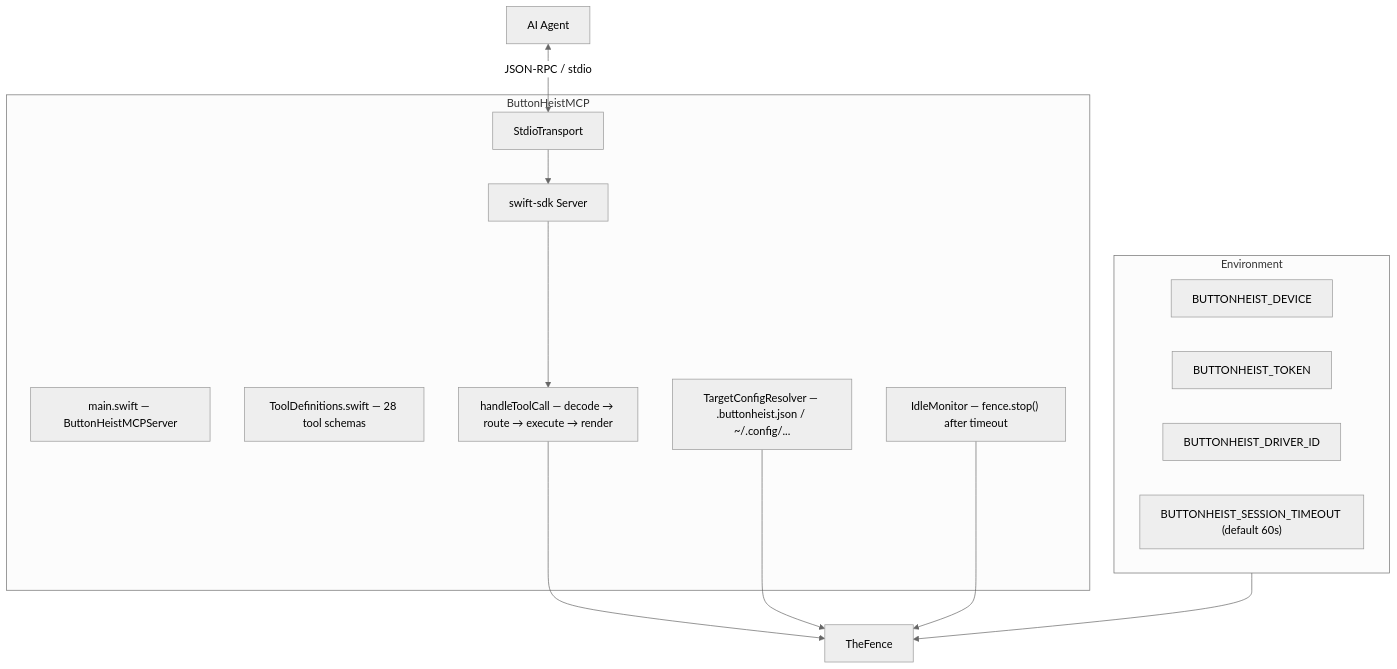
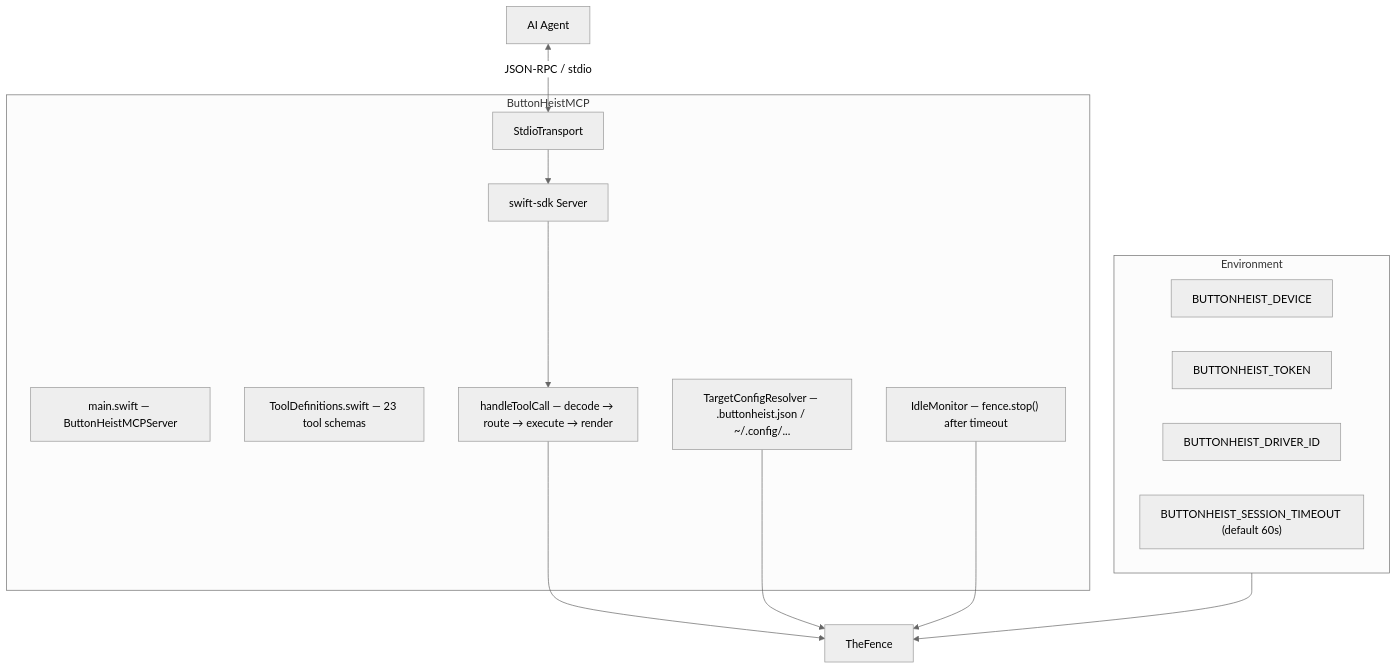
One commit to RoyalPineapple/TheButtonHeist changed the first of 2 diagrams in docs/dossiers/12-MCP.md. Above: the diagram before and after it, drawn with Mermaid (neutral theme). The commit also changed other lines of this file and 22 other files, not shown here.

````diff
--- a/docs/dossiers/12-MCP.md
+++ b/docs/dossiers/12-MCP.md
@@ -30,27 +30,27 @@
 ```mermaid
 graph TD
     subgraph MCP["ButtonHeistMCP"]
         Main["main.swift — ButtonHeistMCPServer"]
         Server["swift-sdk Server"]
         Transport["StdioTransport"]
-        Tools["ToolDefinitions.swift — 28 tool schemas"]
+        Tools["ToolDefinitions.swift — 23 tool schemas"]
         Handler["handleToolCall — decode → route → execute → render"]
         Idle["IdleMonitor — fence.stop() after timeout"]
         Config["TargetConfigResolver — .buttonheist.json / ~/.config/..."]
     end
 
     subgraph Env["Environment"]
         Device["BUTTONHEIST_DEVICE"]
         Token["BUTTONHEIST_TOKEN"]
         Driver["BUTTONHEIST_DRIVER_ID"]
         Timeout["BUTTONHEIST_SESSION_TIMEOUT (default 60s)"]
     end
 
     Agent["AI Agent"] <-->|JSON-RPC / stdio| Transport
     Transport --> Server
     Server --> Handler
     Handler --> TheFence["TheFence"]
     Config --> TheFence
     Env --> TheFence
     Idle --> TheFence
 ```
````
